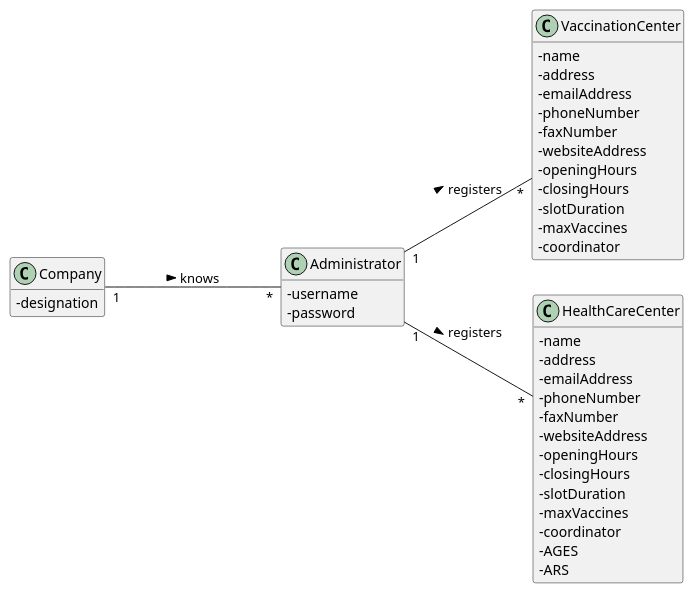
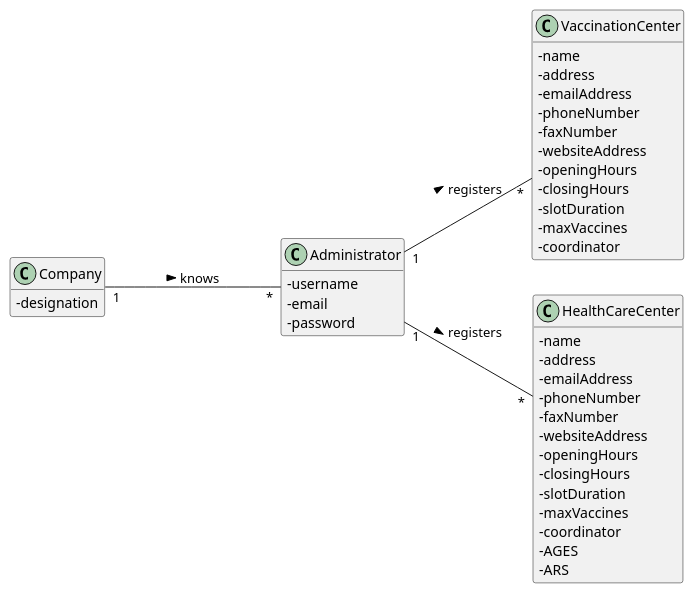
Before and after one commit to PedroMesquita1211171/VaccinationManager: the diagram in docs/SprintC/US/US9/US009_MD.puml, drawn with PlantUML. The commit also changed 2 other files, not shown here.

```diff
--- a/docs/SprintC/US/US9/US009_MD.puml
+++ b/docs/SprintC/US/US9/US009_MD.puml
@@ -1,55 +1,56 @@
 @startuml
 hide methods
 left to right direction
 skinparam classAttributeIconSize 0
 
 
 class Company {
   -designation
 }
 
 class VaccinationCenter {
   - name
   - address
   - emailAddress
   - phoneNumber
   - faxNumber
   - websiteAddress
   - openingHours
   - closingHours
   - slotDuration
   - maxVaccines
   - coordinator
 }
 
 class HealthCareCenter {
   - name
     - address
     - emailAddress
     - phoneNumber
     - faxNumber
     - websiteAddress
     - openingHours
     - closingHours
     - slotDuration
     - maxVaccines
     - coordinator
     -AGES
     -ARS
   }
 
 
 class Administrator {
 -username
+-email
 -password
 }
 
 Company "1"---"*" Administrator : knows >
 Administrator "1"--"*" VaccinationCenter : registers >
 Administrator "1"--"*" HealthCareCenter : registers >
 
 
 
 
 
 @enduml
```
